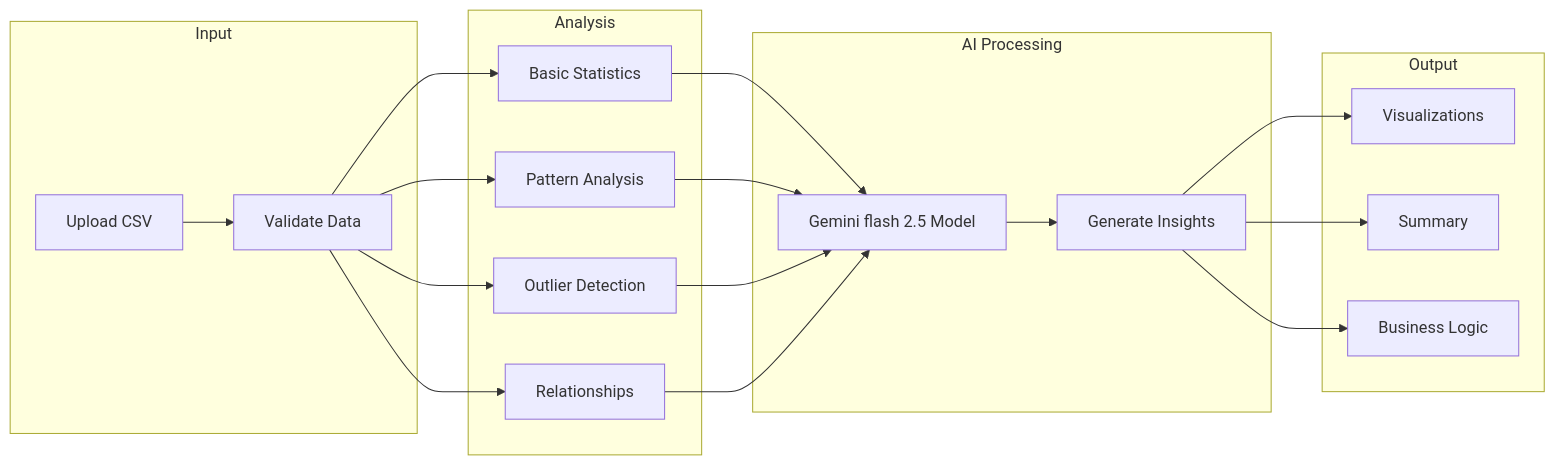
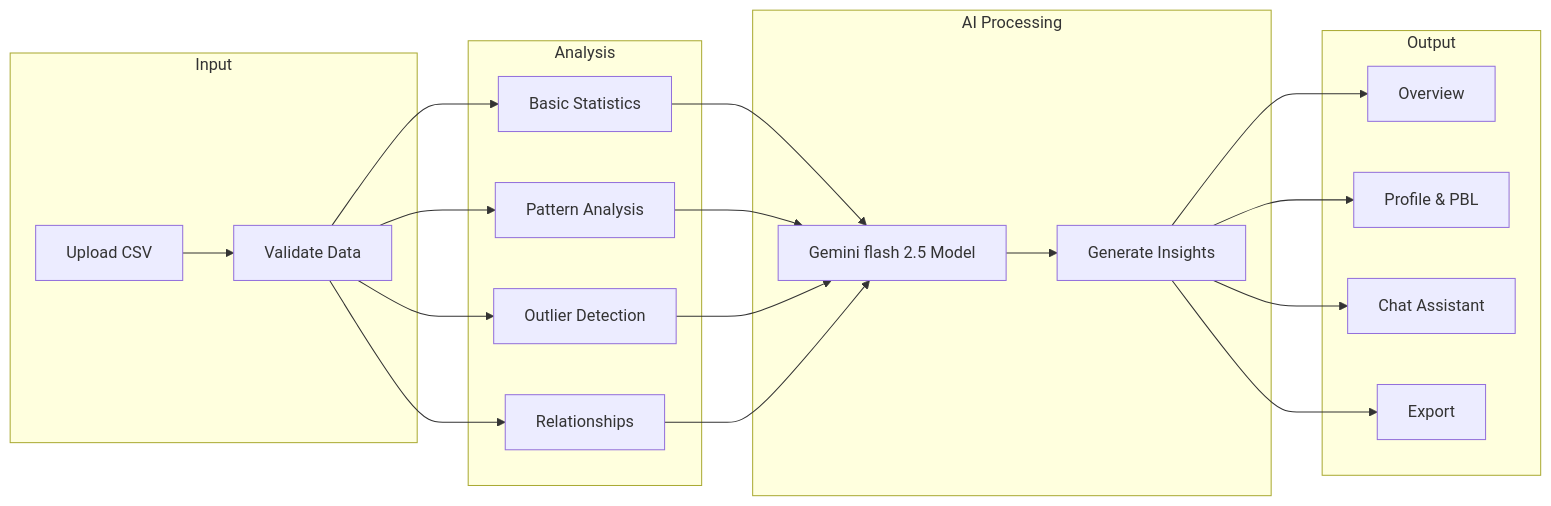
Before and after one commit to nishant14763/datalens: the third of 11 diagrams in presentation.md, drawn with Mermaid.

Commit message:
Update output nodes in presentation diagram

````diff
--- a/presentation.md
+++ b/presentation.md
@@ -53,27 +53,28 @@
 ```mermaid
 graph LR
     subgraph Input
         U[Upload CSV] --> V[Validate Data]
     end
     
     subgraph Analysis
         V --> B[Basic Statistics]
         V --> P[Pattern Analysis]
         V --> O[Outlier Detection]
         V --> R[Relationships]
     end
     
     subgraph AI Processing
         B --> AI[Gemini flash 2.5 Model]
         P --> AI
         O --> AI
         R --> AI
         AI --> I[Generate Insights]
     end
     
     subgraph Output
-        I --> VIZ[Visualizations]
-        I --> S[Summary]
-        I --> BL[Business Logic]
+        I --> VIZ[Overview]
+        I --> S[Profile & PBL]
+        I --> BL[Chat Assistant]
+        I --> EX[Export]
     end
 ```
````
